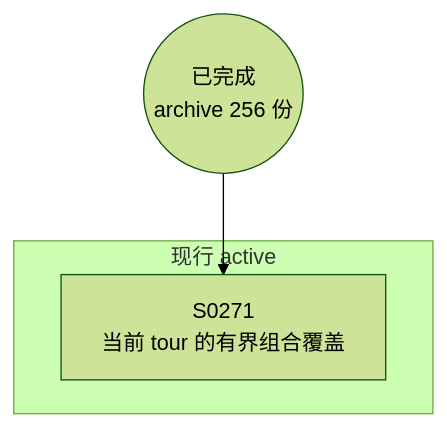
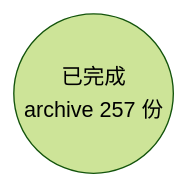
The diagram in docs/specs/dependency-graph.md (Halckon/Koven), drawn with Mermaid (forest theme) before and after one commit. The commit also changed other lines of this file and 14 other files, not shown here.

````diff
--- a/docs/specs/dependency-graph.md
+++ b/docs/specs/dependency-graph.md
@@ -9,8 +9,4 @@
 ```mermaid
 flowchart TD
-ARCH(("已完成<br/>archive 256 份"))
-subgraph Gactive["现行 active"]
-  S0271["S0271<br/>当前 tour 的有界组合覆盖"]
-end
-ARCH --> S0271
+ARCH(("已完成<br/>archive 257 份"))
 ```
````
